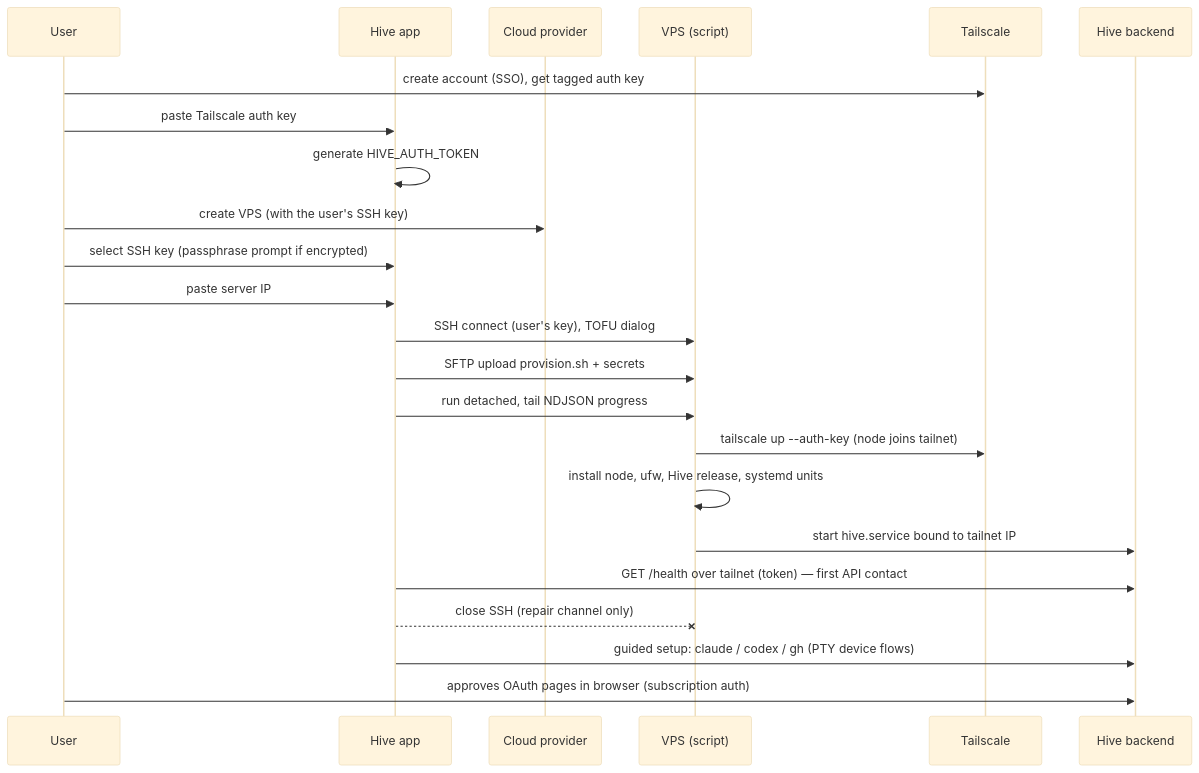
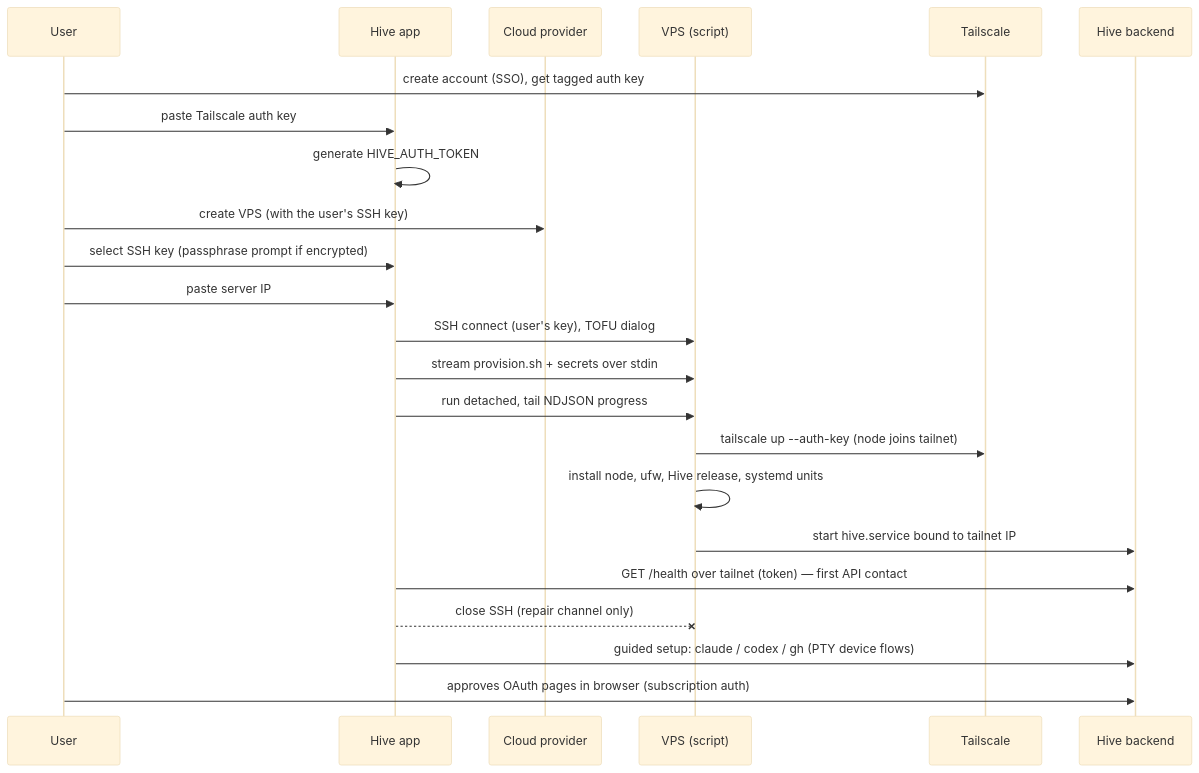
The second of 3 diagrams in docs/install-flow.md (unfence-labs/hive), drawn with Mermaid (base theme) before and after one commit. The commit also changed other lines of this file and 1 other file, not shown here.

````diff
--- a/docs/install-flow.md
+++ b/docs/install-flow.md
@@ -116,26 +121,26 @@
 ```mermaid
 sequenceDiagram
     participant U as User
     participant W as Hive app
     participant P as Cloud provider
     participant V as VPS (script)
     participant T as Tailscale
     participant H as Hive backend
 
     U->>T: create account (SSO), get tagged auth key
     U->>W: paste Tailscale auth key
     W->>W: generate HIVE_AUTH_TOKEN
     U->>P: create VPS (with the user's SSH key)
     U->>W: select SSH key (passphrase prompt if encrypted)
     U->>W: paste server IP
     W->>V: SSH connect (user's key), TOFU dialog
-    W->>V: SFTP upload provision.sh + secrets
+    W->>V: stream provision.sh + secrets over stdin
     W->>V: run detached, tail NDJSON progress
     V->>T: tailscale up --auth-key (node joins tailnet)
     V->>V: install node, ufw, Hive release, systemd units
     V->>H: start hive.service bound to tailnet IP
     W->>H: GET /health over tailnet (token) — first API contact
     W--xV: close SSH (repair channel only)
     W->>H: guided setup: claude / codex / gh (PTY device flows)
     U->>H: approves OAuth pages in browser (subscription auth)
 ```
````
